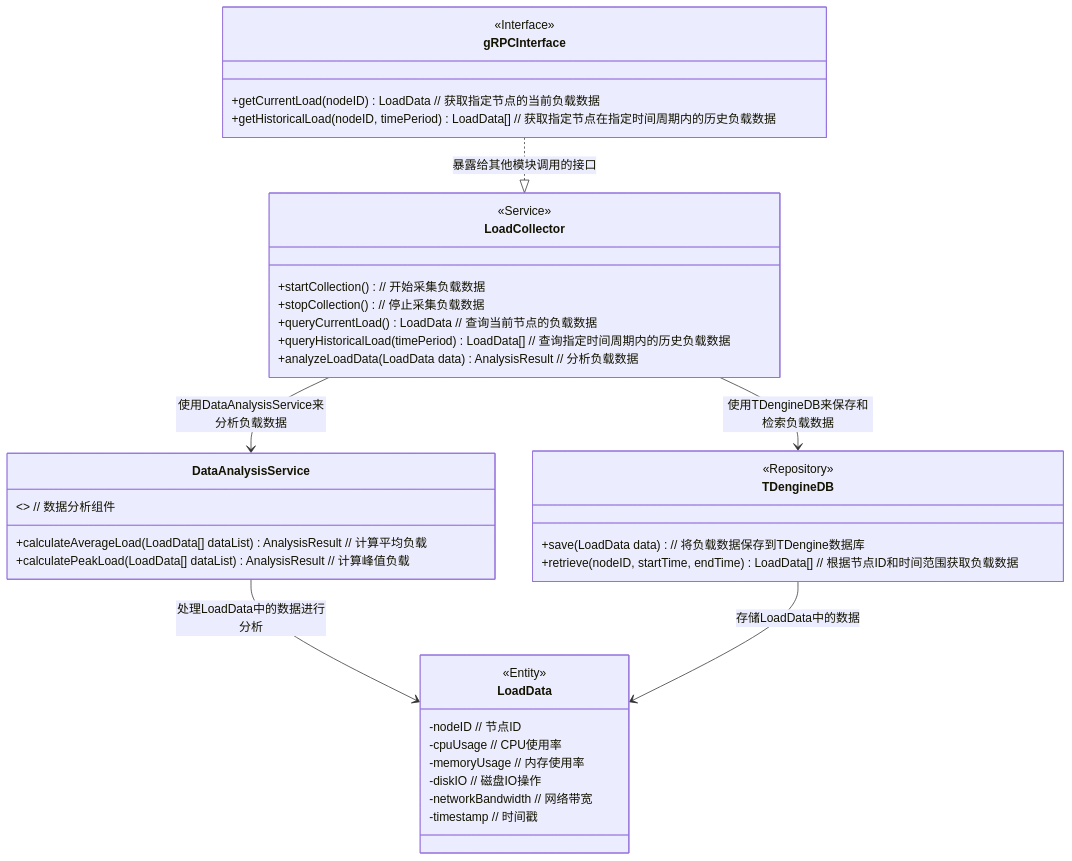
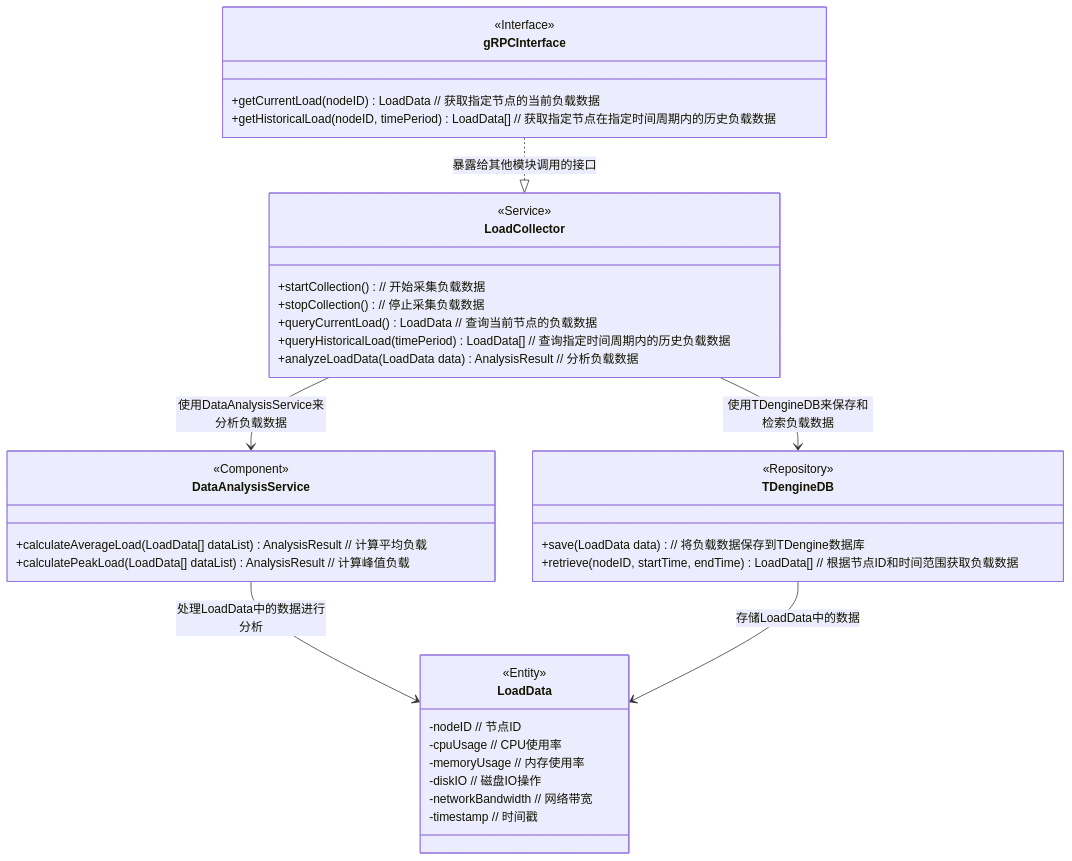
Before and after one commit to jjj960/iodraw-files: the diagram in all/未命名.md, drawn with Mermaid.

Commit message:
2025-03-06 17:02:43 update

````diff
--- a/all/未命名.md
+++ b/all/未命名.md
@@ -1,46 +1,46 @@
 ```mermaid
 classDiagram
     class LoadCollector {
         <<Service>> 
         +startCollection()  // 开始采集负载数据
         +stopCollection()  // 停止采集负载数据
         +queryCurrentLoad() LoadData  // 查询当前节点的负载数据
         +queryHistoricalLoad(timePeriod) LoadData[]  // 查询指定时间周期内的历史负载数据
         +analyzeLoadData(LoadData data) AnalysisResult  // 分析负载数据
     }
 
     class LoadData {
         <<Entity>> 
         -nodeID  // 节点ID
         -cpuUsage  // CPU使用率
         -memoryUsage  // 内存使用率
         -diskIO  // 磁盘IO操作
         -networkBandwidth  // 网络带宽
         -timestamp  // 时间戳
     }
 
     class TDengineDB {
         <<Repository>>
         +save(LoadData data)  // 将负载数据保存到TDengine数据库
         +retrieve(nodeID, startTime, endTime) LoadData[]  // 根据节点ID和时间范围获取负载数据
     }
 
     class DataAnalysisService {
-        <<Component>>  // 数据分析组件
+        <<Component>>  
         +calculateAverageLoad(LoadData[] dataList) AnalysisResult  // 计算平均负载
         +calculatePeakLoad(LoadData[] dataList) AnalysisResult  // 计算峰值负载
     }
 
     LoadCollector --> TDengineDB : 使用TDengineDB来保存和检索负载数据
     LoadCollector --> DataAnalysisService : 使用DataAnalysisService来分析负载数据
     DataAnalysisService --> LoadData : 处理LoadData中的数据进行分析
     TDengineDB --> LoadData : 存储LoadData中的数据
 
     class gRPCInterface {
         <<Interface>> 
         +getCurrentLoad(nodeID) LoadData  // 获取指定节点的当前负载数据
         +getHistoricalLoad(nodeID, timePeriod) LoadData[]  // 获取指定节点在指定时间周期内的历史负载数据
     }
 
     gRPCInterface ..|> LoadCollector : 暴露给其他模块调用的接口
 ```
````
